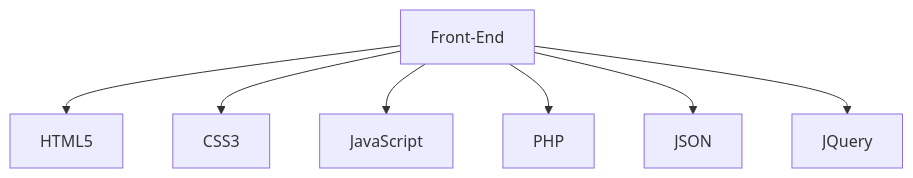
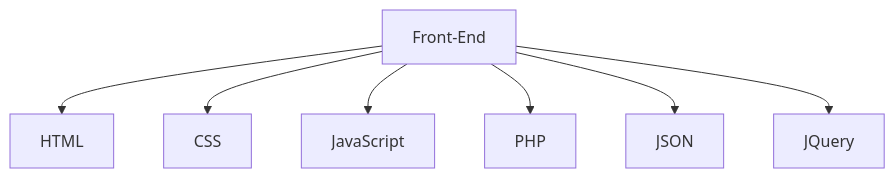
Before and after one commit to Alexander-Dheins/Alexander-Dheins: the diagram in README.md, drawn with Mermaid.

````diff
--- a/README.md
+++ b/README.md
@@ -29,9 +29,9 @@
 ```mermaid
 graph TD;
-    Front-End-->HTML5;
-    Front-End-->CSS3;
+    Front-End-->HTML;
+    Front-End-->CSS;
     Front-End-->JavaScript;
     Front-End-->PHP;
     Front-End-->JSON;
     Front-End-->JQuery;
 ```
````
